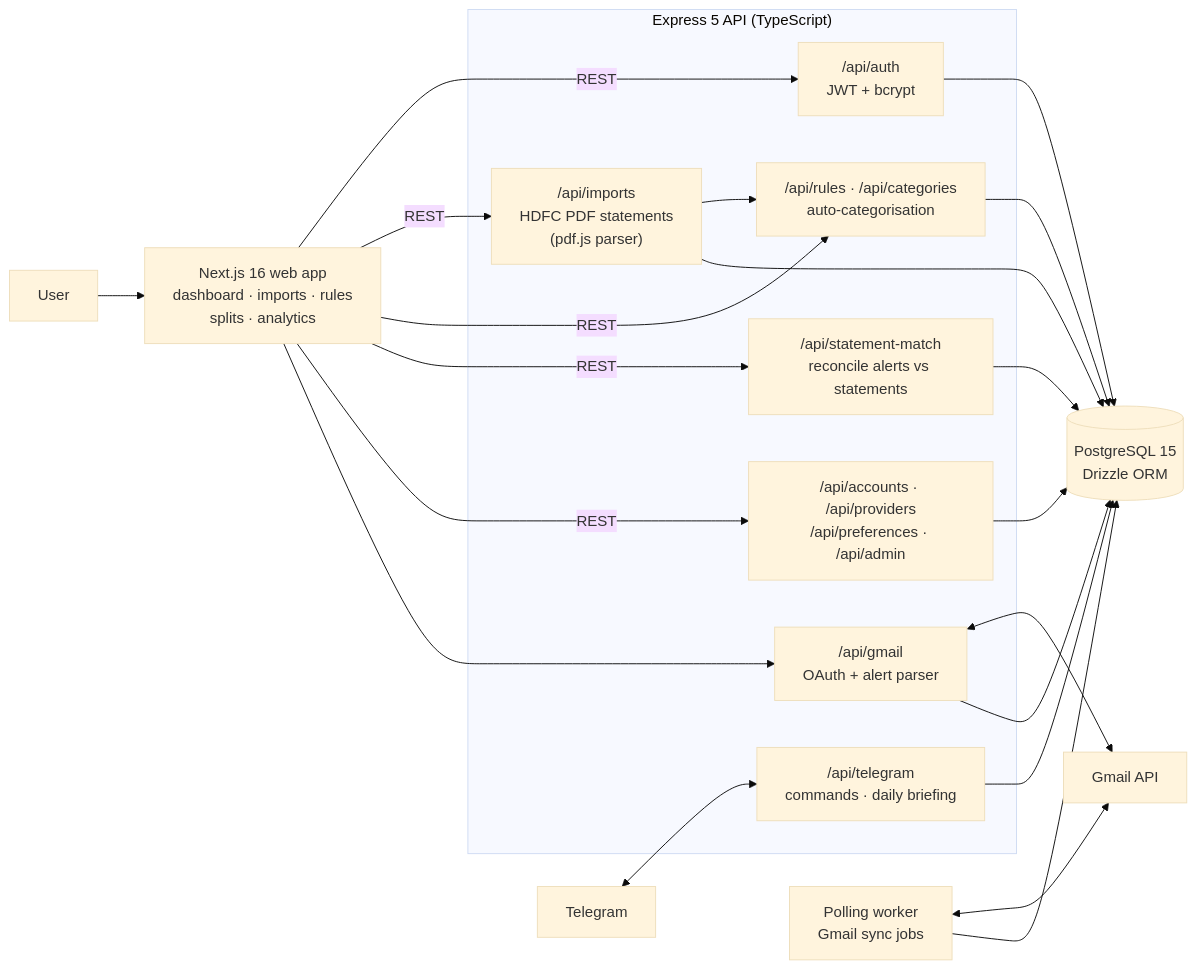
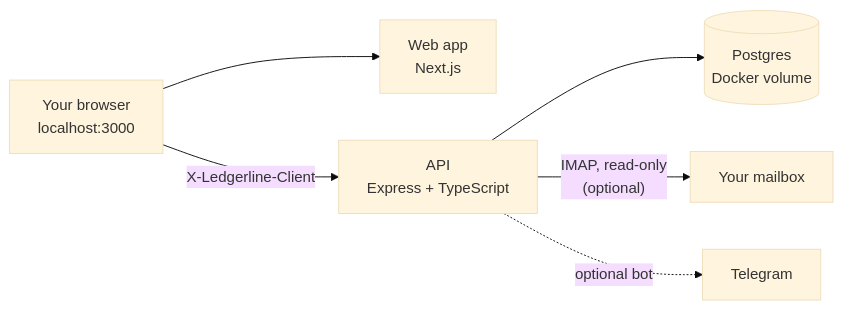
Before and after one commit to Devanshgoel-123/ledgerline: the diagram in README.md, drawn with Mermaid (base theme). The commit also changed other lines of this file and 309 other files, not shown here.

First line of the commit message:
Privacy-first local app: no accounts, IMAP bank mail, one-command install (#30)

````diff
--- a/README.md
+++ b/README.md
@@ -148,25 +168,8 @@
 ```mermaid
 flowchart LR
-    U["User"] --> Web["Next.js 16 web app<br/>dashboard · imports · rules<br/>splits · analytics"]
-    TG["Telegram"] <--> Bot
-
-    subgraph API["Express 5 API (TypeScript)"]
-        Auth["/api/auth<br/>JWT + bcrypt"]
-        Imp["/api/imports<br/>HDFC PDF statements<br/>(pdf.js parser)"]
-        Gm["/api/gmail<br/>OAuth + alert parser"]
-        Rules["/api/rules · /api/categories<br/>auto-categorisation"]
-        SM["/api/statement-match<br/>reconcile alerts vs statements"]
-        Bot["/api/telegram<br/>commands · daily briefing"]
-        Misc["/api/accounts · /api/providers<br/>/api/preferences · /api/admin"]
-    end
-
-    Worker["Polling worker<br/>Gmail sync jobs"]
-
-    Web -->|REST| Auth & Imp & Rules & SM & Misc
-    Web --> Gm
-    Gm <--> Google["Gmail API"]
-    Worker <--> Google
-    Worker --> DB
-    Imp --> Rules
-    Auth & Imp & Gm & Rules & SM & Bot & Misc --> DB[("PostgreSQL 15<br/>Drizzle ORM")]
+    B["Your browser<br/>localhost:3000"] --> Web["Web app<br/>Next.js"]
+    B -->|"X-Ledgerline-Client"| API["API<br/>Express + TypeScript"]
+    API --> DB[("Postgres<br/>Docker volume")]
+    API -->|"IMAP, read-only<br/>(optional)"| Mail["Your mailbox"]
+    API -.->|"optional bot"| TG["Telegram"]
 ```
````
